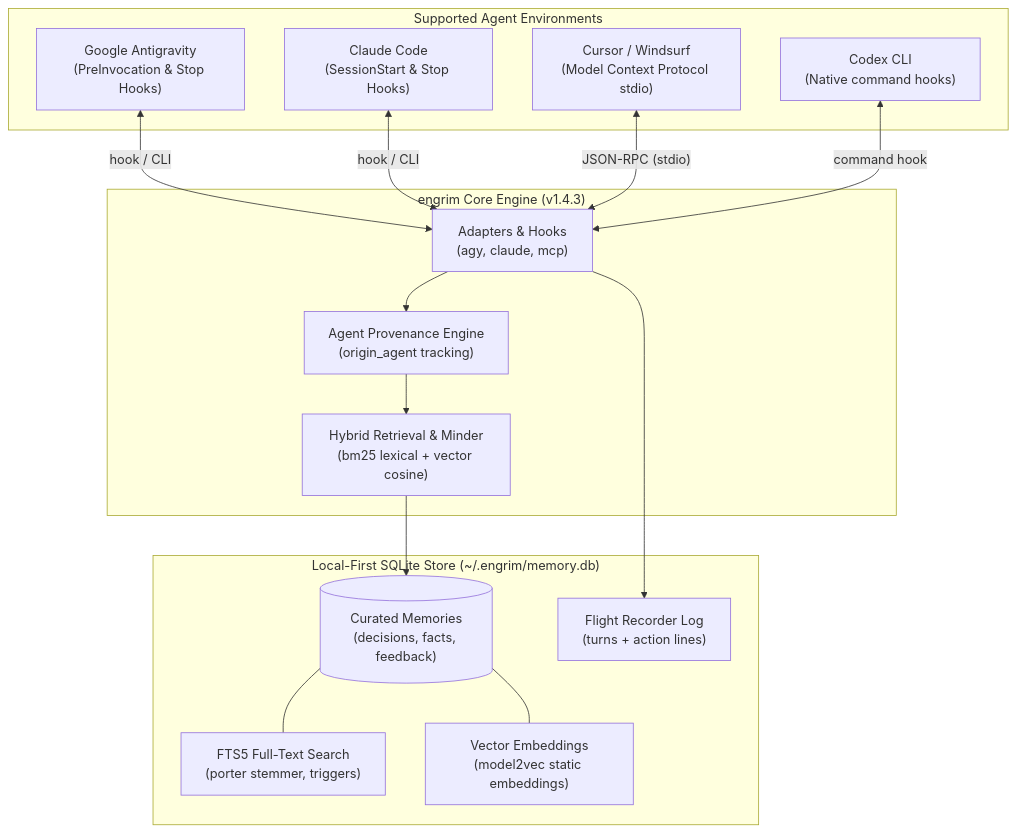
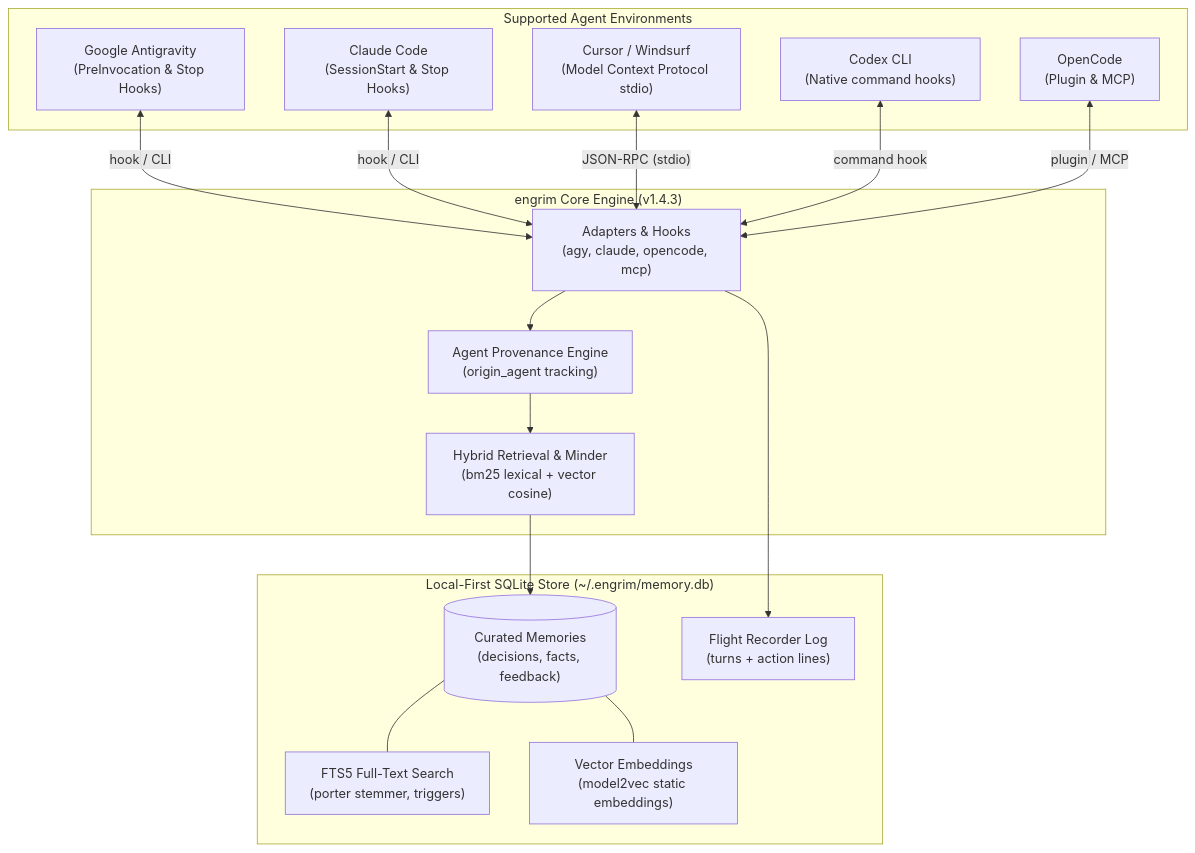
One commit to HinchK/engrim changed the diagram in README.md. Above: the diagram before and after it, drawn with Mermaid. The commit also changed other lines of this file and 10 other files, not shown here.

First line of the commit message:
feat(opencode): native OpenCode support (#17)

````diff
--- a/README.md
+++ b/README.md
@@ -42,33 +42,35 @@
 ```mermaid
 graph TD
     subgraph Agents ["Supported Agent Environments"]
         AGY["Google Antigravity<br/>(PreInvocation & Stop Hooks)"]
         CLAUDE["Claude Code<br/>(SessionStart & Stop Hooks)"]
         CURSOR["Cursor / Windsurf<br/>(Model Context Protocol stdio)"]
         CODEX["Codex CLI<br/>(Native command hooks)"]
+        OPENCODE["OpenCode<br/>(Plugin & MCP)"]
     end
 
     subgraph CoreEngine ["engrim Core Engine (v1.4.3)"]
-        ADAPTERS["Adapters & Hooks<br/>(agy, claude, mcp)"]
+        ADAPTERS["Adapters & Hooks<br/>(agy, claude, opencode, mcp)"]
         PROVENANCE["Agent Provenance Engine<br/>(origin_agent tracking)"]
         ROUTER["Hybrid Retrieval & Minder<br/>(bm25 lexical + vector cosine)"]
     end
 
     subgraph Storage ["Local-First SQLite Store (~/.engrim/memory.db)"]
         MEMORIES[("Curated Memories<br/>(decisions, facts, feedback)")]
         FTS5["FTS5 Full-Text Search<br/>(porter stemmer, triggers)"]
         VEC["Vector Embeddings<br/>(model2vec static embeddings)"]
         LOG["Flight Recorder Log<br/>(turns + action lines)"]
     end
 
     AGY <-->|"hook / CLI"| ADAPTERS
     CLAUDE <-->|"hook / CLI"| ADAPTERS
     CURSOR <-->|"JSON-RPC (stdio)"| ADAPTERS
     CODEX <-->|"command hook"| ADAPTERS
+    OPENCODE <-->|"plugin / MCP"| ADAPTERS
     ADAPTERS --> PROVENANCE
     PROVENANCE --> ROUTER
     ROUTER --> MEMORIES
     MEMORIES --- FTS5
     MEMORIES --- VEC
     ADAPTERS --> LOG
 ```
````
